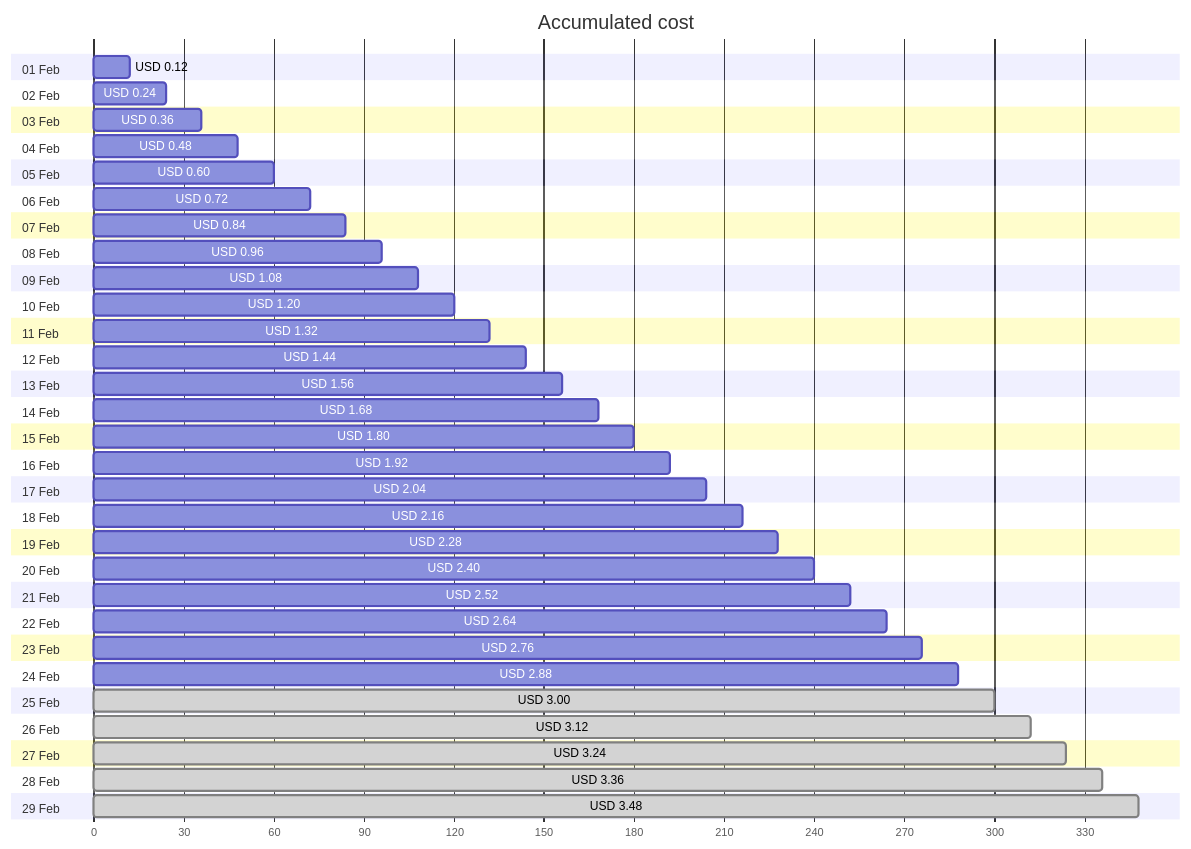
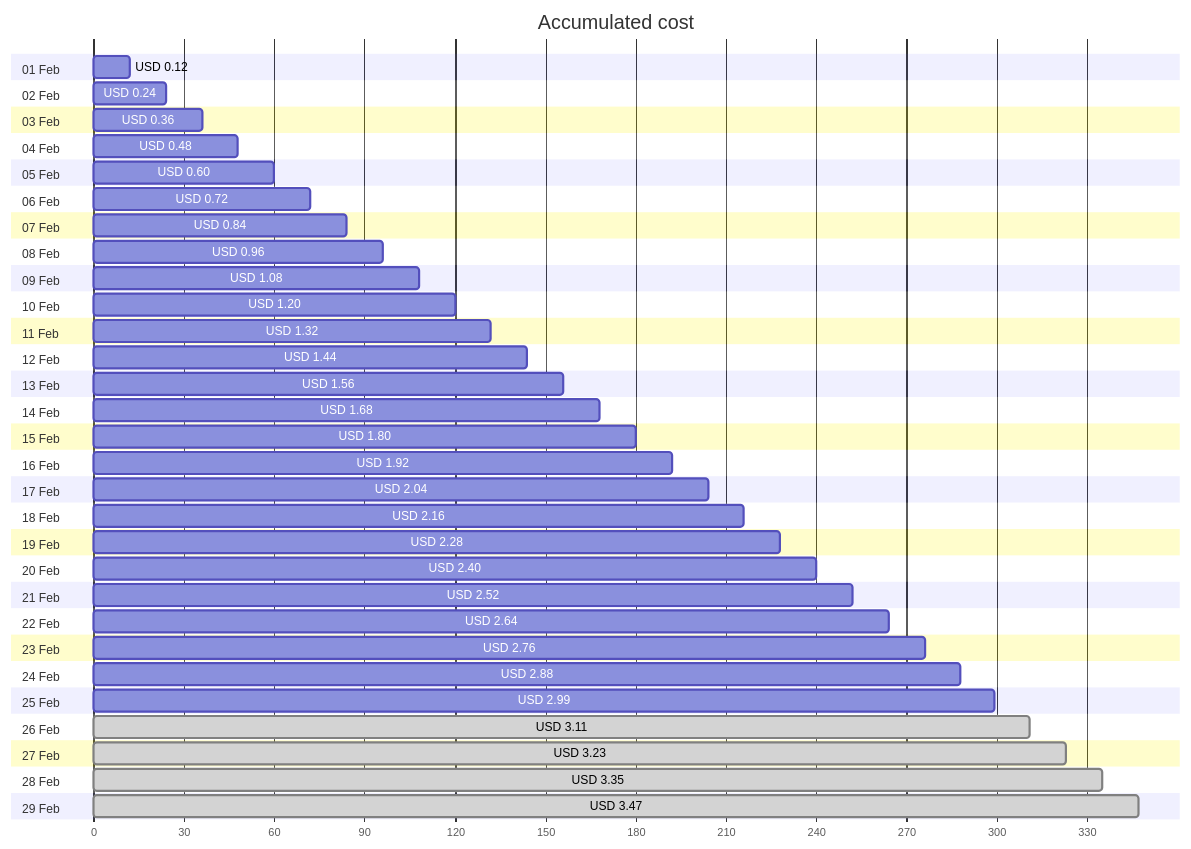
Before and after one commit to jpfulton/azure-personal-reports: the first of 4 diagrams in cost-reports/personal-network/backup-server-public-ip.md, drawn with Mermaid. The commit also changed other lines of this file and 8 other files, not shown here.

````diff
--- a/cost-reports/personal-network/backup-server-public-ip.md
+++ b/cost-reports/personal-network/backup-server-public-ip.md
@@ -20,64 +20,64 @@
 ```mermaid
 gantt
    title Accumulated cost
    dateFormat  X
    axisFormat %s
    section 01 Feb
    USD 0.12 :0, 12
    section 02 Feb
    USD 0.24 :0, 24
    section 03 Feb
    USD 0.36 :0, 36
    section 04 Feb
    USD 0.48 :0, 48
    section 05 Feb
    USD 0.60 :0, 60
    section 06 Feb
    USD 0.72 :0, 72
    section 07 Feb
    USD 0.84 :0, 84
    section 08 Feb
    USD 0.96 :0, 96
    section 09 Feb
    USD 1.08 :0, 108
    section 10 Feb
    USD 1.20 :0, 120
    section 11 Feb
    USD 1.32 :0, 132
    section 12 Feb
    USD 1.44 :0, 144
    section 13 Feb
    USD 1.56 :0, 156
    section 14 Feb
    USD 1.68 :0, 168
    section 15 Feb
    USD 1.80 :0, 180
    section 16 Feb
    USD 1.92 :0, 192
    section 17 Feb
    USD 2.04 :0, 204
    section 18 Feb
    USD 2.16 :0, 216
    section 19 Feb
    USD 2.28 :0, 228
    section 20 Feb
    USD 2.40 :0, 240
    section 21 Feb
    USD 2.52 :0, 252
    section 22 Feb
    USD 2.64 :0, 264
    section 23 Feb
    USD 2.76 :0, 276
    section 24 Feb
    USD 2.88 :0, 288
    section 25 Feb
-   USD 3.00 : done, 0, 300
+   USD 2.99 :0, 299
    section 26 Feb
-   USD 3.12 : done, 0, 312
+   USD 3.11 : done, 0, 311
    section 27 Feb
-   USD 3.24 : done, 0, 324
+   USD 3.23 : done, 0, 323
    section 28 Feb
-   USD 3.36 : done, 0, 336
+   USD 3.35 : done, 0, 335
    section 29 Feb
-   USD 3.48 : done, 0, 348
+   USD 3.47 : done, 0, 347
 ```
````
